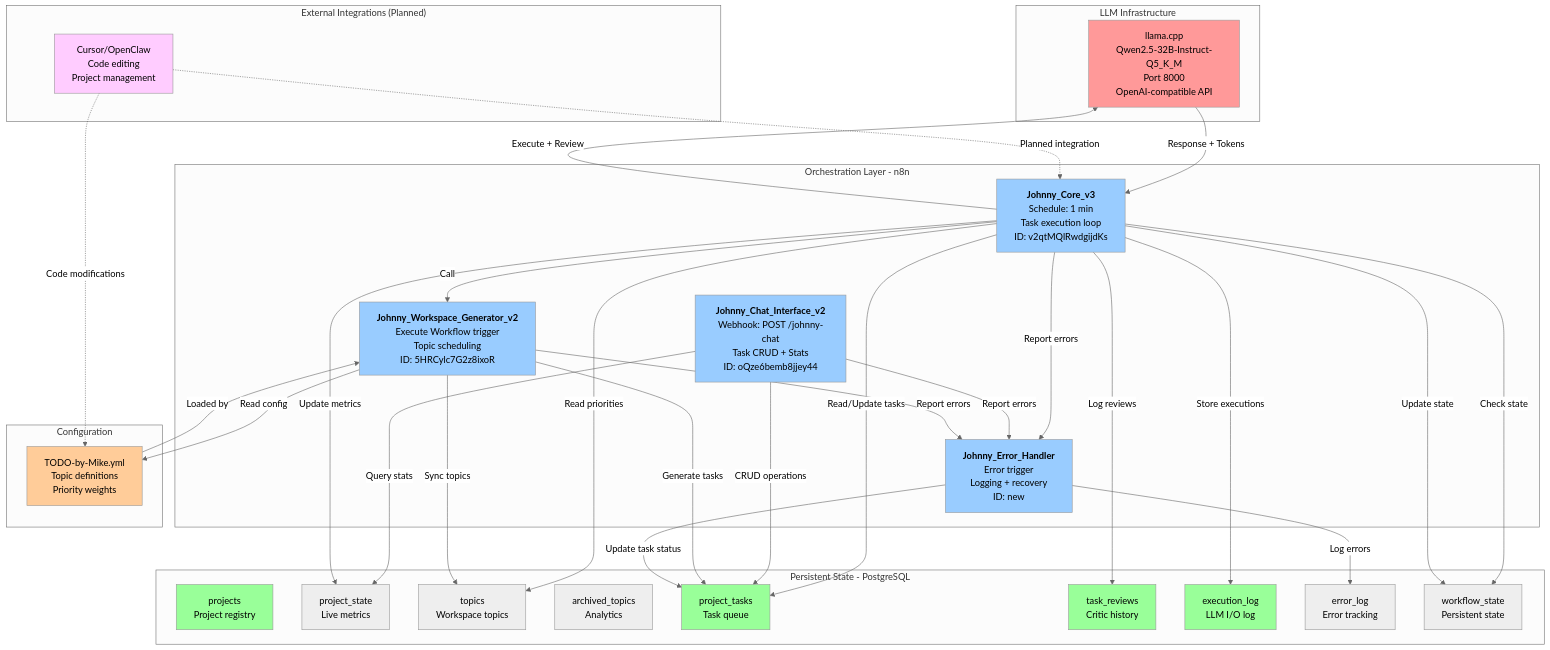
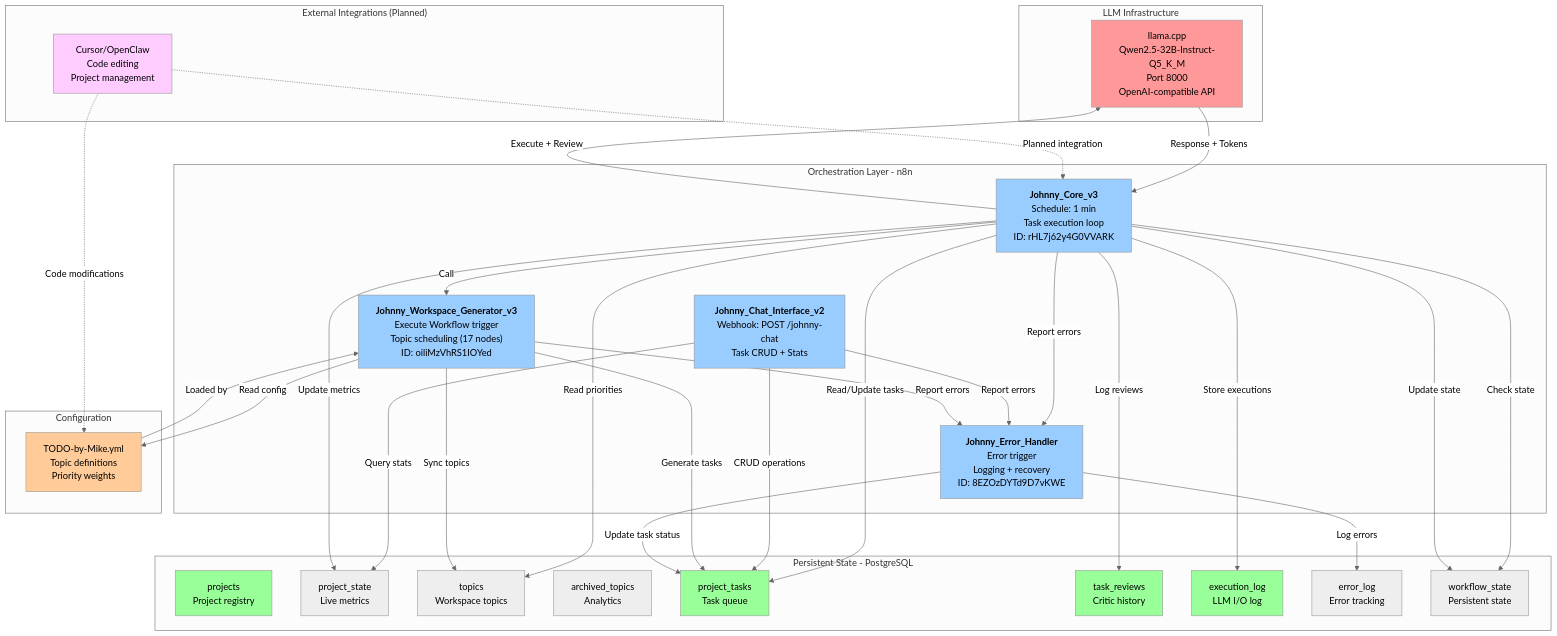
The first of 2 diagrams in Johnny_Bright_Documentation.md (zmi1/JohnnyBright), drawn with Mermaid (neutral theme) before and after one commit. The commit also changed other lines of this file and 3 other files, not shown here.

````diff
--- a/Johnny_Bright_Documentation.md
+++ b/Johnny_Bright_Documentation.md
@@ -24,79 +24,79 @@
 ```mermaid
 graph TB
     subgraph "LLM Infrastructure"
         LLAMA["llama.cpp<br/>Qwen2.5-32B-Instruct-Q5_K_M<br/>Port 8000<br/>OpenAI-compatible API"]
     end
 
     subgraph "Orchestration Layer - n8n"
-        CORE["<b>Johnny_Core_v3</b><br/>Schedule: 1 min<br/>Task execution loop<br/>ID: v2qtMQlRwdgijdKs"]
+        CORE["<b>Johnny_Core_v3</b><br/>Schedule: 1 min<br/>Task execution loop<br/>ID: rHL7j62y4G0VVARK"]
 
-        CHAT["<b>Johnny_Chat_Interface_v2</b><br/>Webhook: POST /johnny-chat<br/>Task CRUD + Stats<br/>ID: oQze6bemb8jjey44"]
+        CHAT["<b>Johnny_Chat_Interface_v2</b><br/>Webhook: POST /johnny-chat<br/>Task CRUD + Stats"]
 
-        WORKSPACE["<b>Johnny_Workspace_Generator_v2</b><br/>Execute Workflow trigger<br/>Topic scheduling<br/>ID: 5HRCylc7G2z8ixoR"]
+        WORKSPACE["<b>Johnny_Workspace_Generator_v3</b><br/>Execute Workflow trigger<br/>Topic scheduling (17 nodes)<br/>ID: oiliMzVhRS1IOYed"]
 
-        ERROR["<b>Johnny_Error_Handler</b><br/>Error trigger<br/>Logging + recovery<br/>ID: new"]
+        ERROR["<b>Johnny_Error_Handler</b><br/>Error trigger<br/>Logging + recovery<br/>ID: 8EZOzDYTd9D7vKWE"]
     end
 
     subgraph "Persistent State - PostgreSQL"
         PROJECTS["projects<br/>Project registry"]
         PROJ_STATE["project_state<br/>Live metrics"]
         TOPICS["topics<br/>Workspace topics"]
         ARCHIVED["archived_topics<br/>Analytics"]
         TASKS["project_tasks<br/>Task queue"]
         REVIEWS["task_reviews<br/>Critic history"]
         EXEC_LOG["execution_log<br/>LLM I/O log"]
         ERROR_LOG["error_log<br/>Error tracking"]
         WF_STATE["workflow_state<br/>Persistent state"]
     end
 
     subgraph "Configuration"
         YAML["TODO-by-Mike.yml<br/>Topic definitions<br/>Priority weights"]
     end
 
     subgraph "External Integrations (Planned)"
         CURSOR["Cursor/OpenClaw<br/>Code editing<br/>Project management"]
     end
 
     %% Data flows
     CORE -->|"Execute + Review"| LLAMA
     LLAMA -->|"Response + Tokens"| CORE
     CORE -->|"Read/Update tasks"| TASKS
     CORE -->|"Read priorities"| TOPICS
     CORE -->|"Store executions"| EXEC_LOG
     CORE -->|"Log reviews"| REVIEWS
     CORE -->|"Check state"| WF_STATE
     CORE -->|"Call"| WORKSPACE
     CORE -->|"Report errors"| ERROR
 
     CHAT -->|"CRUD operations"| TASKS
     CHAT -->|"Query stats"| PROJ_STATE
     CHAT -->|"Report errors"| ERROR
 
     WORKSPACE -->|"Read config"| YAML
     WORKSPACE -->|"Sync topics"| TOPICS
     WORKSPACE -->|"Generate tasks"| TASKS
     WORKSPACE -->|"Report errors"| ERROR
 
     ERROR -->|"Log errors"| ERROR_LOG
     ERROR -->|"Update task status"| TASKS
 
     CORE -->|"Update metrics"| PROJ_STATE
     CORE -->|"Update state"| WF_STATE
 
     YAML -->|"Loaded by"| WORKSPACE
 
     CURSOR -.->|"Planned integration"| CORE
     CURSOR -.->|"Code modifications"| YAML
 
     style LLAMA fill:#ff9999
     style CORE fill:#99ccff
     style CHAT fill:#99ccff
     style WORKSPACE fill:#99ccff
     style ERROR fill:#99ccff
     style PROJECTS fill:#99ff99
     style TASKS fill:#99ff99
     style REVIEWS fill:#99ff99
     style EXEC_LOG fill:#99ff99
     style YAML fill:#ffcc99
     style CURSOR fill:#ffccff
 ```
````
